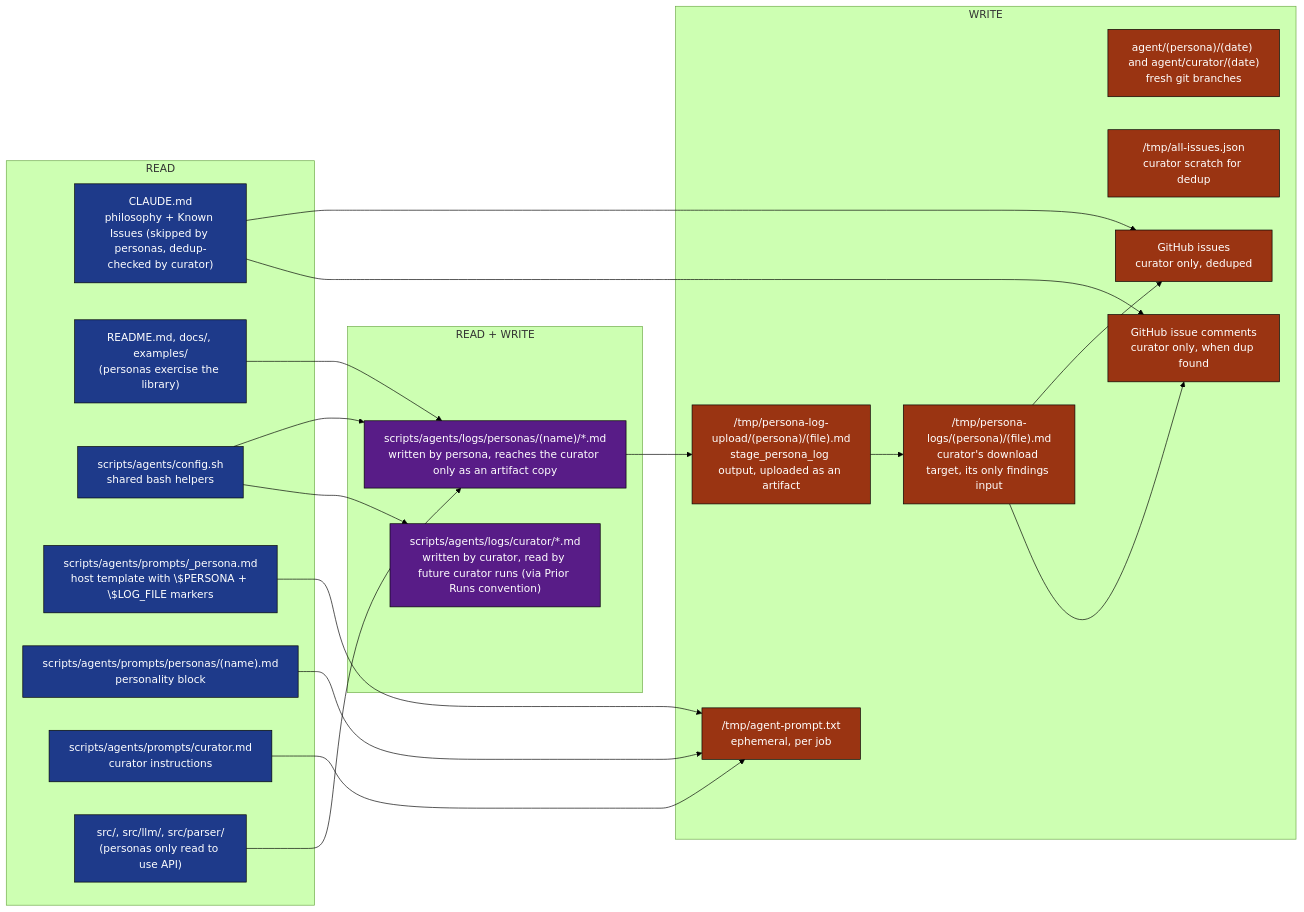
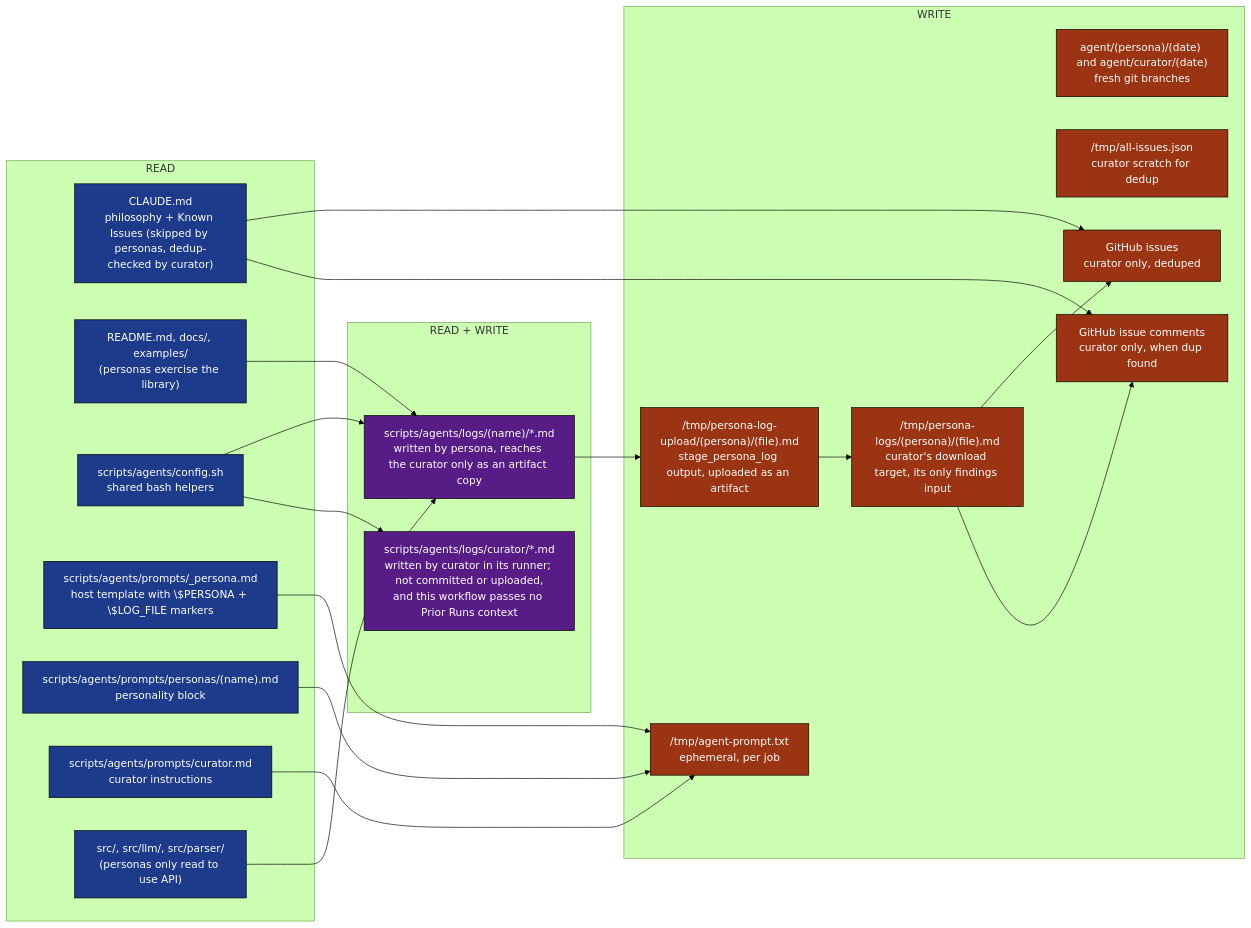
The seventh of 12 diagrams in .github/docs/PERSONAS_RUN_DEEP_DIVE.md (llm-exe/llm-exe), drawn with Mermaid (forest theme) before and after one commit. The commit also changed other lines of this file and 2 other files, not shown here.

First line of the commit message:
docs: remove the remaining "persona logs are committed" claims

````diff
--- a/.github/docs/PERSONAS_RUN_DEEP_DIVE.md
+++ b/.github/docs/PERSONAS_RUN_DEEP_DIVE.md
@@ -454,45 +454,45 @@
 ```mermaid
 flowchart LR
     classDef read fill:#1e3a8a,color:#fff,stroke:#000
     classDef write fill:#9a3412,color:#fff,stroke:#000
     classDef both fill:#581c87,color:#fff,stroke:#000
 
     subgraph reads["READ"]
         r1["CLAUDE.md\nphilosophy + Known Issues (skipped by personas, dedup-checked by curator)"]:::read
         r2["README.md, docs/, examples/\n(personas exercise the library)"]:::read
         r3["scripts/agents/config.sh\nshared bash helpers"]:::read
         r4["scripts/agents/prompts/_persona.md\nhost template with \$PERSONA + \$LOG_FILE markers"]:::read
         r5["scripts/agents/prompts/personas/(name).md\npersonality block"]:::read
         r6["scripts/agents/prompts/curator.md\ncurator instructions"]:::read
         r7["src/, src/llm/, src/parser/\n(personas only read to use API)"]:::read
     end
 
     subgraph writes["WRITE"]
         w1["agent/(persona)/(date) and agent/curator/(date)\nfresh git branches"]:::write
         w2["/tmp/agent-prompt.txt\nephemeral, per job"]:::write
         w2b["/tmp/persona-log-upload/(persona)/(file).md\nstage_persona_log output, uploaded as an artifact"]:::write
         w2c["/tmp/persona-logs/(persona)/(file).md\ncurator's download target, its only findings input"]:::write
         w3["/tmp/all-issues.json\ncurator scratch for dedup"]:::write
         w4["GitHub issues\ncurator only, deduped"]:::write
         w5["GitHub issue comments\ncurator only, when dup found"]:::write
     end
 
     subgraph both["READ + WRITE"]
-        b1["scripts/agents/logs/personas/(name)/*.md\nwritten by persona, reaches the curator only as an artifact copy"]:::both
-        b2["scripts/agents/logs/curator/*.md\nwritten by curator, read by future curator runs (via Prior Runs convention)"]:::both
+        b1["scripts/agents/logs/(name)/*.md\nwritten by persona, reaches the curator only as an artifact copy"]:::both
+        b2["scripts/agents/logs/curator/*.md\nwritten by curator in its runner; not committed or uploaded,\nand this workflow passes no Prior Runs context"]:::both
     end
 
     r3 --> b1
     r3 --> b2
     r4 --> w2
     r5 --> w2
     r6 --> w2
     r1 --> w4
     r2 --> b1
     r7 --> b1
     b1 --> w2b
     w2b --> w2c
     w2c --> w4
     w2c --> w5
     r1 --> w5
 ```
````
